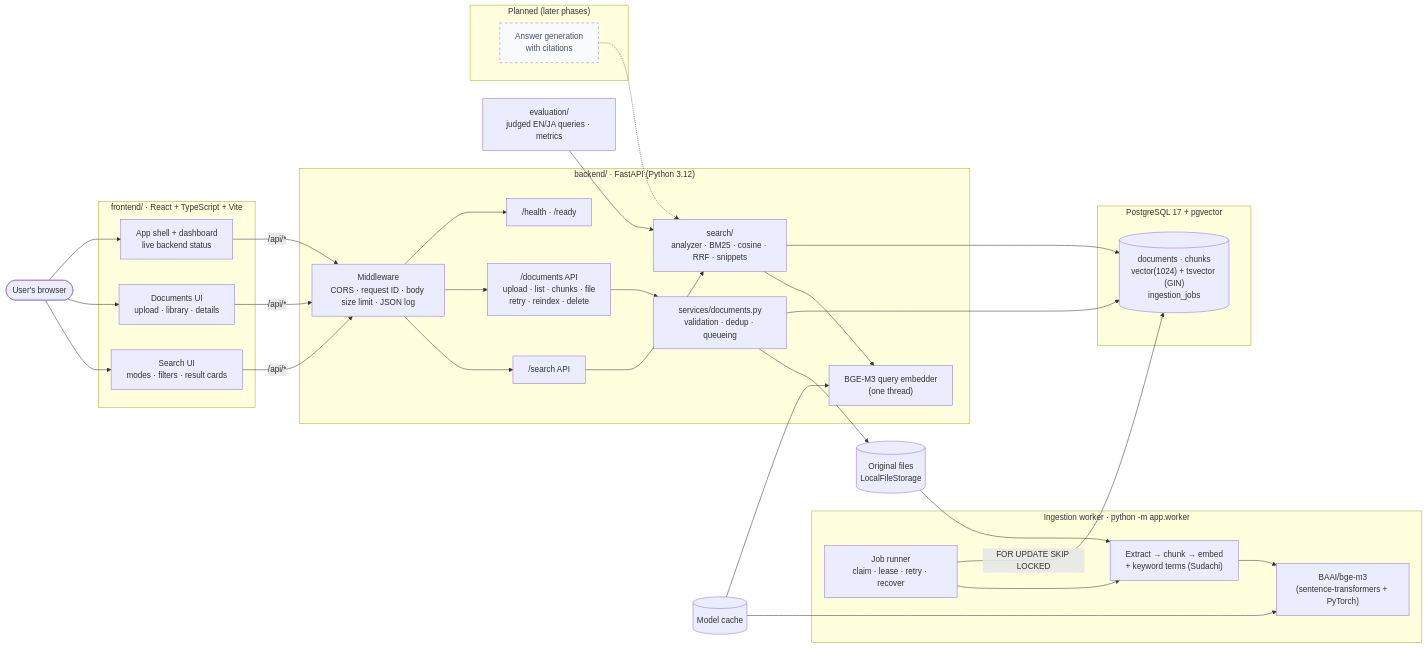
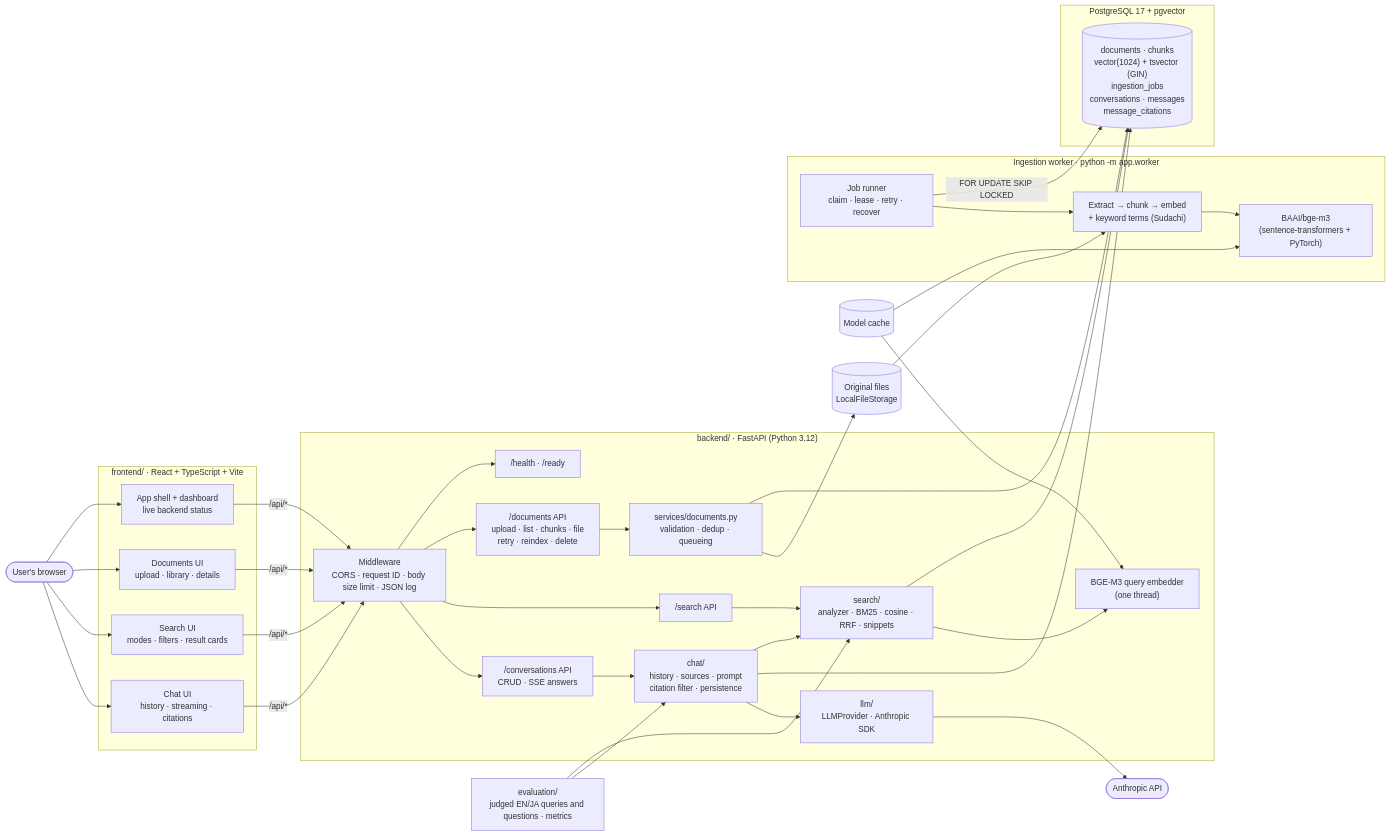
Before and after one commit to Yash01Negi/docs-rag-platform: the first of 2 diagrams in docs/architecture.md, drawn with Mermaid. The commit also changed other lines of this file and 11 other files, not shown here.

First line of the commit message:
Document the chat pipeline, the streaming protocol and the evaluation

````diff
--- a/docs/architecture.md
+++ b/docs/architecture.md
@@ -10,61 +11,64 @@
 ```mermaid
 flowchart LR
     user([User's browser])
 
     subgraph frontend["frontend/ · React + TypeScript + Vite"]
         shell["App shell + dashboard<br/>live backend status"]
         docsui["Documents UI<br/>upload · library · details"]
         searchui["Search UI<br/>modes · filters · result cards"]
+        chatui["Chat UI<br/>history · streaming · citations"]
     end
 
     subgraph backend["backend/ · FastAPI (Python 3.12)"]
         mw["Middleware<br/>CORS · request ID · body size limit · JSON log"]
         health["/health · /ready"]
         docsapi["/documents API<br/>upload · list · chunks · file<br/>retry · reindex · delete"]
         svc["services/documents.py<br/>validation · dedup · queueing"]
         searchapi["/search API"]
         search["search/<br/>analyzer · BM25 · cosine · RRF · snippets"]
         qmodel["BGE-M3 query embedder<br/>(one thread)"]
+        chatapi["/conversations API<br/>CRUD · SSE answers"]
+        chat["chat/<br/>history · sources · prompt<br/>citation filter · persistence"]
+        llmp["llm/<br/>LLMProvider · Anthropic SDK"]
     end
 
     subgraph workerp["Ingestion worker · python -m app.worker"]
         runner["Job runner<br/>claim · lease · retry · recover"]
         pipe["Extract → chunk → embed<br/>+ keyword terms (Sudachi)"]
         model["BAAI/bge-m3<br/>(sentence-transformers + PyTorch)"]
     end
 
     subgraph data["PostgreSQL 17 + pgvector"]
-        pg[("documents · chunks<br/>vector(1024) + tsvector (GIN)<br/>ingestion_jobs")]
+        pg[("documents · chunks<br/>vector(1024) + tsvector (GIN)<br/>ingestion_jobs<br/>conversations · messages<br/>message_citations")]
     end
 
     files[("Original files<br/>LocalFileStorage")]
     cache[("Model cache")]
 
-    evalh["evaluation/<br/>judged EN/JA queries · metrics"]
-
-    subgraph later["Planned (later phases)"]
-        answer["Answer generation<br/>with citations"]
-    end
+    evalh["evaluation/<br/>judged EN/JA queries and questions · metrics"]
+    anthropic(["Anthropic API"])
 
     user --> shell
     user --> docsui
     user --> searchui
-    shell & docsui & searchui -- "/api/*" --> mw
-    mw --> health & docsapi & searchapi
+    user --> chatui
+    shell & docsui & searchui & chatui -- "/api/*" --> mw
+    mw --> health & docsapi & searchapi & chatapi
+    chatapi --> chat
+    chat --> search
+    chat --> pg
+    chat --> llmp --> anthropic
     searchapi --> search --> pg
     search --> qmodel
     cache --> qmodel
     docsapi --> svc
     svc --> pg
     svc --> files
     runner -- "FOR UPDATE SKIP LOCKED" --> pg
     runner --> pipe --> model
     files --> pipe
     cache --> model
 
     evalh --> search
-    answer -.-> search
-
-    classDef planned stroke-dasharray: 5 5,fill:#f8fafc,color:#475569;
-    class answer planned;
+    evalh --> chat
 ```
````
